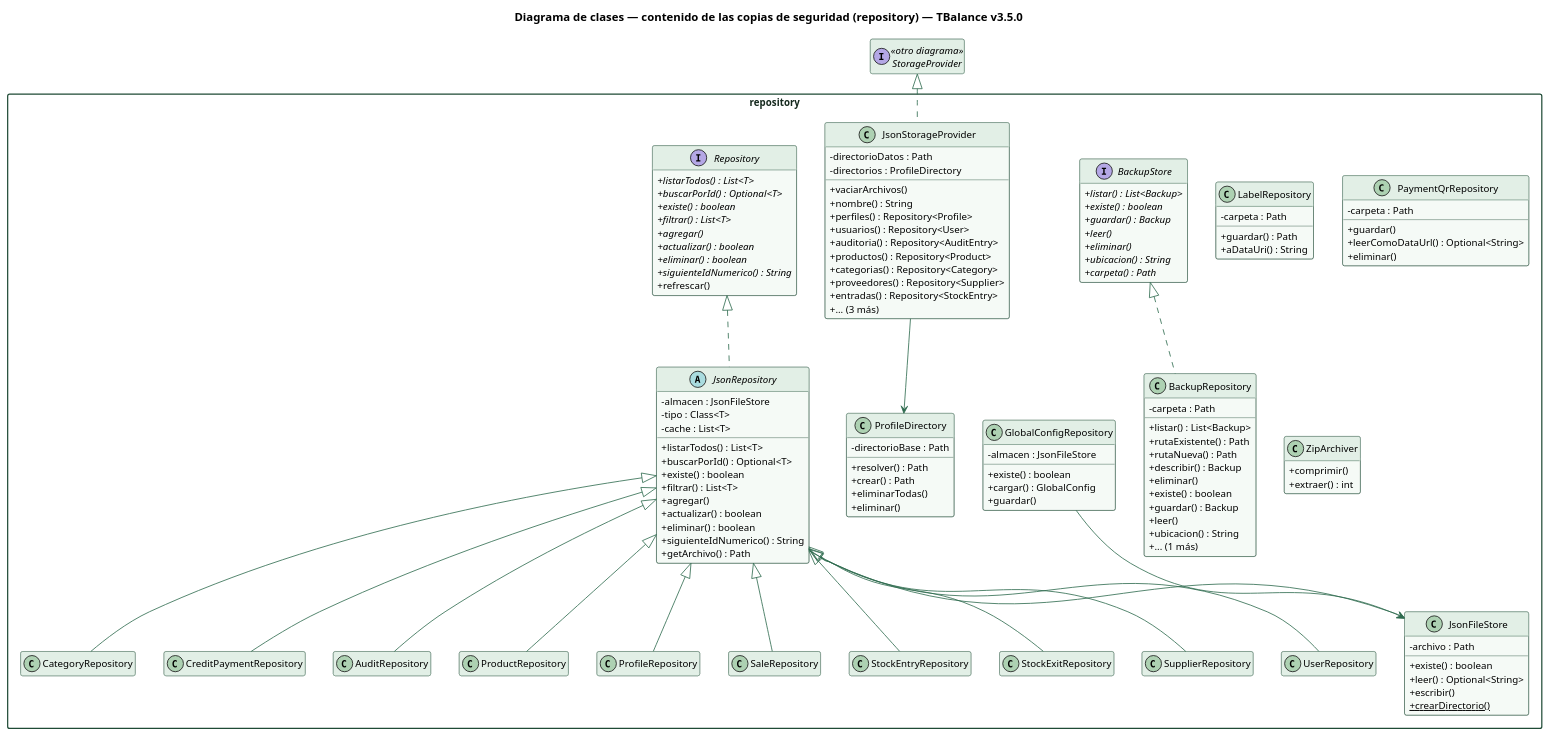
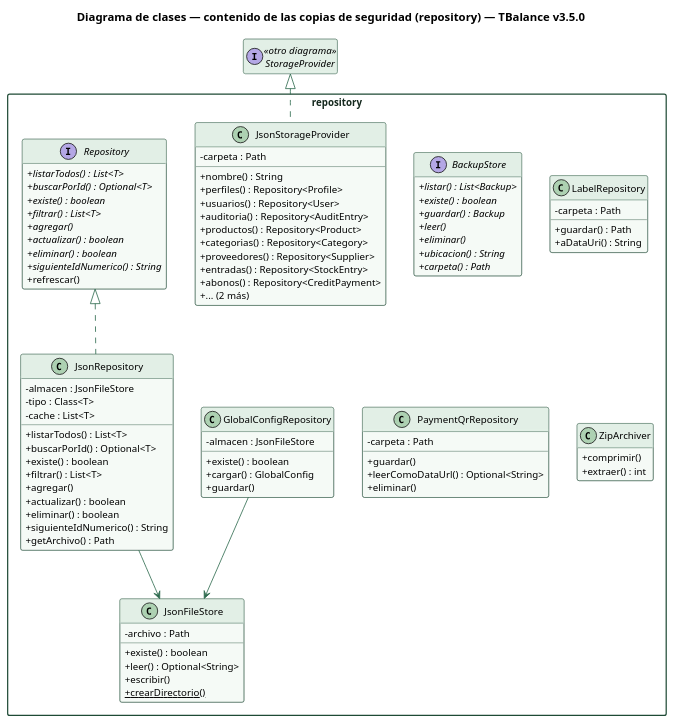
Before and after one commit to erickf-dev/TBalance: the diagram in docs/diagramas/clases-persistencia.puml, drawn with PlantUML. The commit also changed 33 other files, not shown here.

```diff
--- a/docs/diagramas/clases-persistencia.puml
+++ b/docs/diagramas/clases-persistencia.puml
@@ -1,156 +1,103 @@
 @startuml
 skinparam shadowing false
 skinparam defaultFontName Helvetica
 skinparam defaultFontSize 12
 skinparam classAttributeIconSize 0
 skinparam packageStyle rectangle
 skinparam ArrowColor #2e6b4f
 skinparam class {
   BackgroundColor #f5faf6
   BorderColor #1e4a35
   HeaderBackgroundColor #e2efe6
 }
 skinparam package {
   BorderColor #1e4a35
   FontColor #14281d
 }
 hide empty members
 
 title Diagrama de clases — contenido de las copias de seguridad (repository) — TBalance v3.5.0
 
 package repository {
-class AuditRepository {
-}
-class BackupRepository {
-  - carpeta : Path
-  + listar() : List<Backup>
-  + rutaExistente() : Path
-  + rutaNueva() : Path
-  + describir() : Backup
-  + eliminar()
-  + existe() : boolean
-  + guardar() : Backup
-  + leer()
-  + ubicacion() : String
-  + ... (1 más)
-}
 interface BackupStore {
   + {abstract} listar() : List<Backup>
   + {abstract} existe() : boolean
   + {abstract} guardar() : Backup
   + {abstract} leer()
   + {abstract} eliminar()
   + {abstract} ubicacion() : String
   + {abstract} carpeta() : Path
-}
-class CategoryRepository {
-}
-class CreditPaymentRepository {
 }
 class GlobalConfigRepository {
   - almacen : JsonFileStore
   + existe() : boolean
   + cargar() : GlobalConfig
   + guardar()
 }
 class JsonFileStore {
   - archivo : Path
   + existe() : boolean
   + leer() : Optional<String>
   + escribir()
   + {static} crearDirectorio()
 }
-abstract class JsonRepository {
+class JsonRepository {
   - almacen : JsonFileStore
   - tipo : Class<T>
   - cache : List<T>
   + listarTodos() : List<T>
   + buscarPorId() : Optional<T>
   + existe() : boolean
   + filtrar() : List<T>
   + agregar()
   + actualizar() : boolean
   + eliminar() : boolean
   + siguienteIdNumerico() : String
   + getArchivo() : Path
 }
 class JsonStorageProvider {
-  - directorioDatos : Path
-  - directorios : ProfileDirectory
-  + vaciarArchivos()
+  - carpeta : Path
   + nombre() : String
   + perfiles() : Repository<Profile>
   + usuarios() : Repository<User>
   + auditoria() : Repository<AuditEntry>
   + productos() : Repository<Product>
   + categorias() : Repository<Category>
   + proveedores() : Repository<Supplier>
   + entradas() : Repository<StockEntry>
-  + ... (3 más)
+  + abonos() : Repository<CreditPayment>
+  + ... (2 más)
 }
 class LabelRepository {
   - carpeta : Path
   + guardar() : Path
   + aDataUri() : String
 }
 class PaymentQrRepository {
   - carpeta : Path
   + guardar()
   + leerComoDataUrl() : Optional<String>
   + eliminar()
 }
-class ProductRepository {
-}
-class ProfileDirectory {
-  - directorioBase : Path
-  + resolver() : Path
-  + crear() : Path
-  + eliminarTodas()
-  + eliminar()
-}
-class ProfileRepository {
-}
 interface Repository {
   + {abstract} listarTodos() : List<T>
   + {abstract} buscarPorId() : Optional<T>
   + {abstract} existe() : boolean
   + {abstract} filtrar() : List<T>
   + {abstract} agregar()
   + {abstract} actualizar() : boolean
   + {abstract} eliminar() : boolean
   + {abstract} siguienteIdNumerico() : String
   + refrescar()
 }
-class SaleRepository {
-}
-class StockEntryRepository {
-}
-class StockExitRepository {
-}
-class SupplierRepository {
-}
-class UserRepository {
-}
 class ZipArchiver {
   + comprimir()
   + extraer() : int
 }
 }
 interface StorageProvider <<otro diagrama>>
-BackupStore <|.. BackupRepository
 GlobalConfigRepository --> JsonFileStore
 JsonRepository --> JsonFileStore
-JsonRepository <|-- AuditRepository
-JsonRepository <|-- CategoryRepository
-JsonRepository <|-- CreditPaymentRepository
-JsonRepository <|-- ProductRepository
-JsonRepository <|-- ProfileRepository
-JsonRepository <|-- SaleRepository
-JsonRepository <|-- StockEntryRepository
-JsonRepository <|-- StockExitRepository
-JsonRepository <|-- SupplierRepository
-JsonRepository <|-- UserRepository
-JsonStorageProvider --> ProfileDirectory
 Repository <|.. JsonRepository
 StorageProvider <|.. JsonStorageProvider
 @enduml
```
